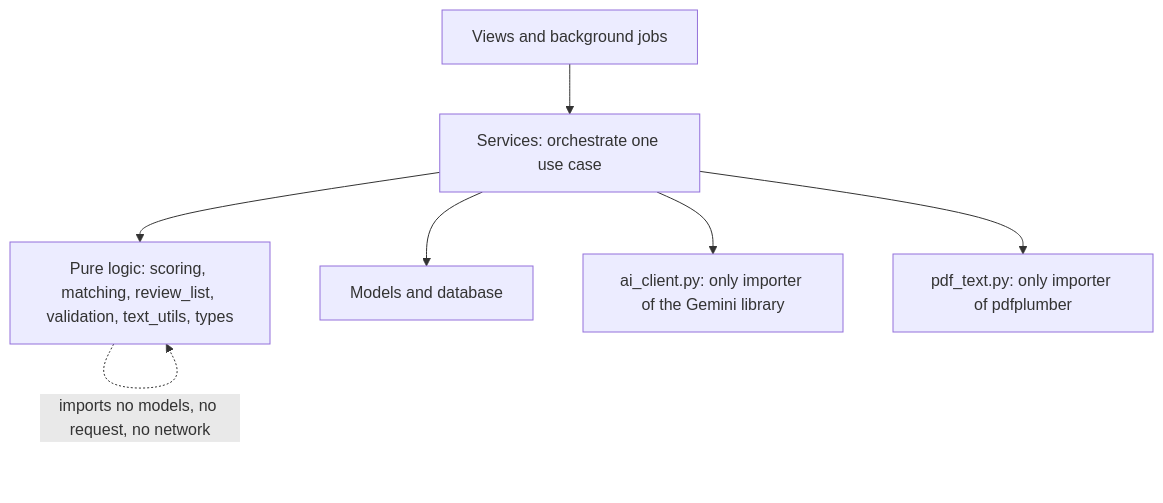
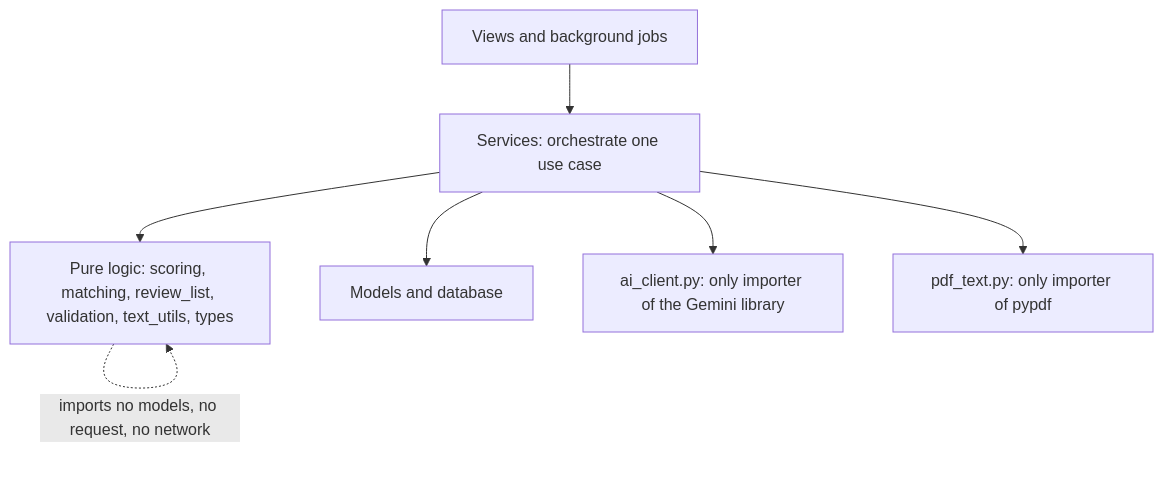
One commit to IBE160-2026/G127-ajemba changed the first of 3 diagrams in _bmad-output/initiative-recall/architecture-recall/architecture-recall.md. Above: the diagram before and after it, drawn with Mermaid. The commit also changed other lines of this file and 18 other files, not shown here.

````diff
--- a/_bmad-output/initiative-recall/architecture-recall/architecture-recall.md
+++ b/_bmad-output/initiative-recall/architecture-recall/architecture-recall.md
@@ -29,9 +29,9 @@
 ```mermaid
 flowchart TD
     V[Views and background jobs] --> S[Services: orchestrate one use case]
     S --> P[Pure logic: scoring, matching, review_list, validation, text_utils, types]
     S --> M[Models and database]
     S --> AI[ai_client.py: only importer of the Gemini library]
-    S --> PDF[pdf_text.py: only importer of pdfplumber]
+    S --> PDF[pdf_text.py: only importer of pypdf]
     P -. imports no models, no request, no network .-> P
 ```
````
